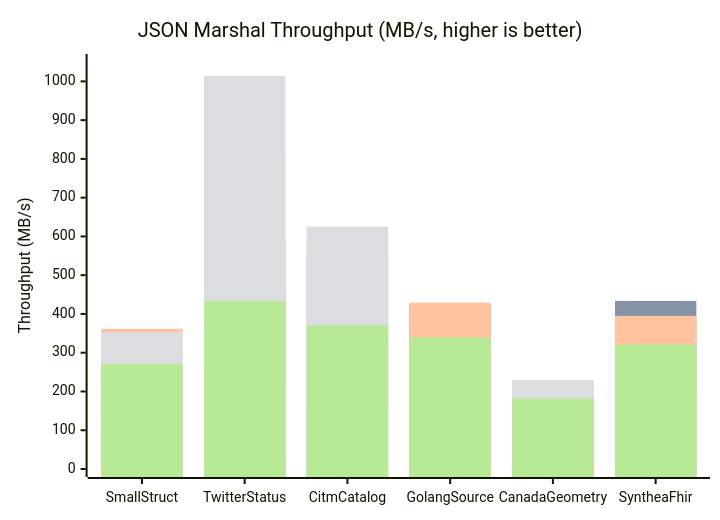
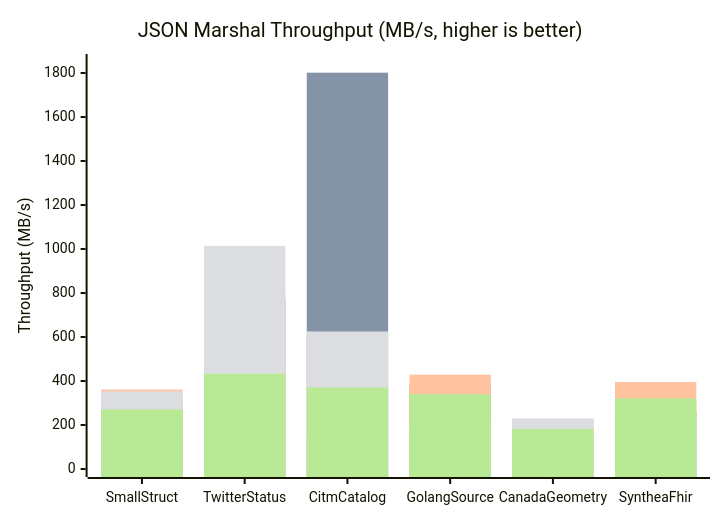
One commit to 404Setup/go changed diagram 17 of 17 in README.md. Above: the diagram before and after it, drawn with Mermaid. The commit also changed other lines of this file and 14 other files, not shown here.

````diff
--- a/README.md
+++ b/README.md
@@ -454,11 +444,11 @@
 ```mermaid
 xychart-beta
     title "JSON Marshal Throughput (MB/s, higher is better)"
     x-axis ["SmallStruct", "TwitterStatus", "CitmCatalog", "GolangSource", "CanadaGeometry", "SyntheaFhir"]
-    y-axis "Throughput (MB/s)" 0 --> 1050
+    y-axis "Throughput (MB/s)" 0 --> 1850
     bar [127.2, 228.1, 161.2, 173.0, 130.5, 143.7]
-    bar [273.1, 590.8, 550.9, 426.1, 187.4, 433.4]
+    bar [291.6, 763.7, 1801.4, 388.6, 154.9, 257.2]
     bar [361.3, 802.6, 604.7, 429.1, 225.3, 395.2]
     bar [353.2, 1014.2, 625.2, 220.7, 229.7, 189.7]
     bar [270.6, 433.1, 370.9, 339.7, 182.0, 321.0]
 ```
````
